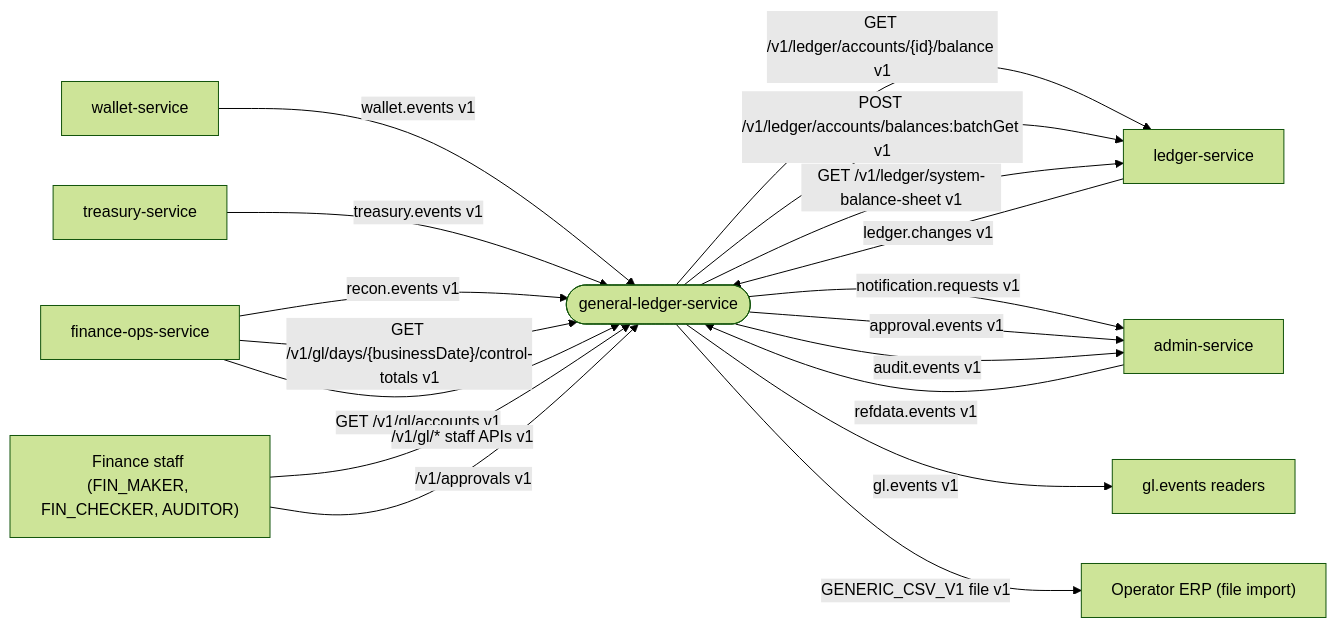
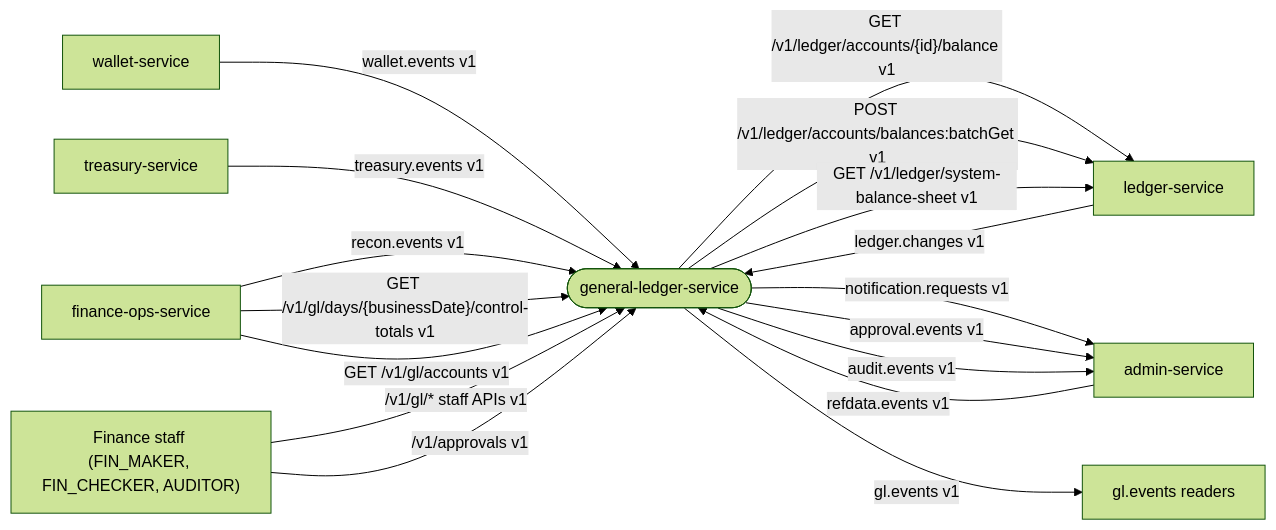
The first of 15 diagrams in services/general-ledger-service/docs/SPEC.md (anarefin/bitspay-core), drawn with Mermaid (forest theme) before and after one commit. The commit also changed other lines of this file and 591 other files, not shown here.

````diff
--- a/services/general-ledger-service/docs/SPEC.md
+++ b/services/general-ledger-service/docs/SPEC.md
@@ -139,30 +146,28 @@
 ```mermaid
 flowchart LR
   STAFF["Finance staff (FIN_MAKER, FIN_CHECKER, AUDITOR)"]
   LED["ledger-service"]
   WAL["wallet-service"]
   TRE["treasury-service"]
   FOPS["finance-ops-service"]
   ADM["admin-service"]
   READERS["gl.events readers"]
-  ERP["Operator ERP (file import)"]
   GL(["general-ledger-service"])
 
   LED -- "ledger.changes v1" --> GL
   GL -- "GET /v1/ledger/accounts/{id}/balance v1" --> LED
   GL -- "POST /v1/ledger/accounts/balances:batchGet v1" --> LED
   GL -- "GET /v1/ledger/system-balance-sheet v1" --> LED
   WAL -- "wallet.events v1" --> GL
   TRE -- "treasury.events v1" --> GL
   FOPS -- "recon.events v1" --> GL
   FOPS -- "GET /v1/gl/days/{businessDate}/control-totals v1" --> GL
   FOPS -- "GET /v1/gl/accounts v1" --> GL
   ADM -- "refdata.events v1" --> GL
   GL -- "notification.requests v1" --> ADM
   GL -- "approval.events v1" --> ADM
   GL -- "audit.events v1" --> ADM
   GL -- "gl.events v1" --> READERS
   STAFF -- "/v1/gl/* staff APIs v1" --> GL
   STAFF -- "/v1/approvals v1" --> GL
-  GL -- "GENERIC_CSV_V1 file v1" --> ERP
 ```
````
